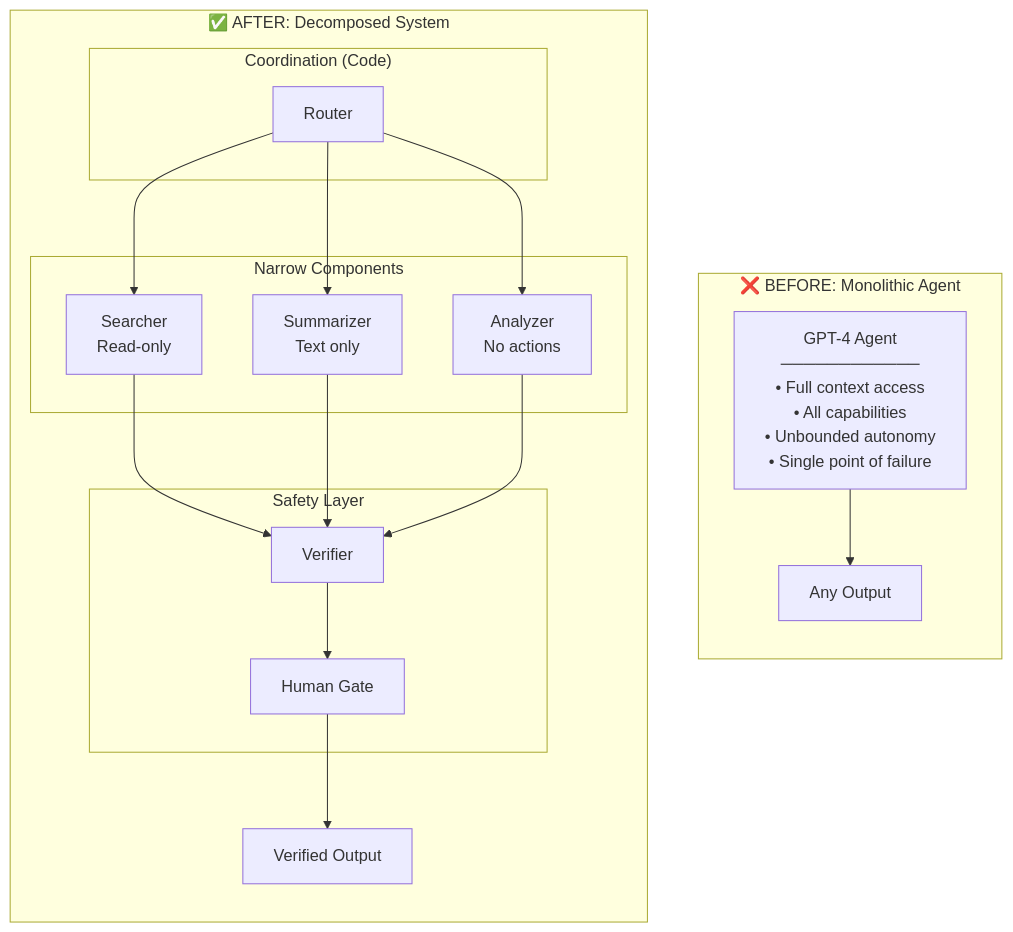
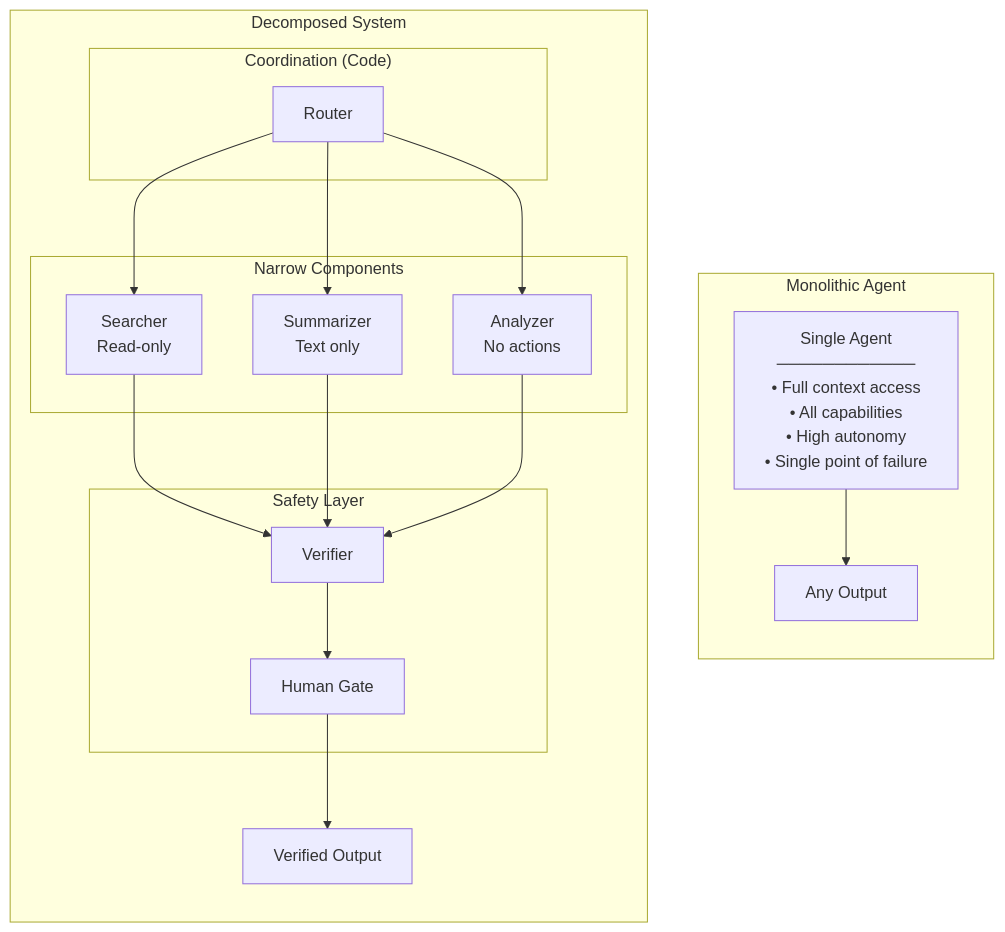
One commit to quantified-uncertainty/delegation-risk-framework changed the fifth of 5 diagrams in src/content/docs/getting-started/core-concepts.md. Above: the diagram before and after it, drawn with Mermaid. The commit also changed other lines of this file and 59 other files, not shown here.

````diff
--- a/src/content/docs/getting-started/core-concepts.md
+++ b/src/content/docs/getting-started/core-concepts.md
@@ -262,28 +266,28 @@
 ```mermaid
 flowchart TB
-    subgraph Before["❌ BEFORE: Monolithic Agent"]
+    subgraph Before["Monolithic Agent"]
         direction TB
-        M["GPT-4 Agent<br/>────────────<br/>• Full context access<br/>• All capabilities<br/>• Unbounded autonomy<br/>• Single point of failure"]
+        M["Single Agent<br/>────────────<br/>• Full context access<br/>• All capabilities<br/>• High autonomy<br/>• Single point of failure"]
         M --> OUT1[Any Output]
     end
 
-    subgraph After["✅ AFTER: Decomposed System"]
+    subgraph After["Decomposed System"]
         direction TB
         subgraph Coord["Coordination (Code)"]
             R[Router]
         end
         subgraph Workers["Narrow Components"]
             W1["Searcher<br/>Read-only"]
             W2["Summarizer<br/>Text only"]
             W3["Analyzer<br/>No actions"]
         end
         subgraph Safety["Safety Layer"]
             V[Verifier]
             G[Human Gate]
         end
         R --> W1 & W2 & W3
         W1 & W2 & W3 --> V
         V --> G
         G --> OUT2[Verified Output]
     end
 ```
````
